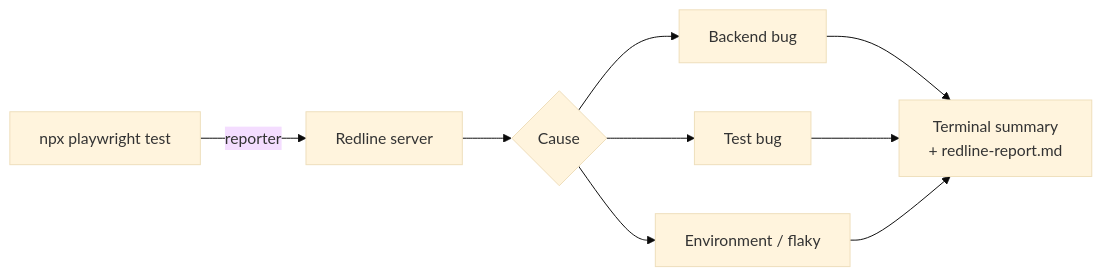
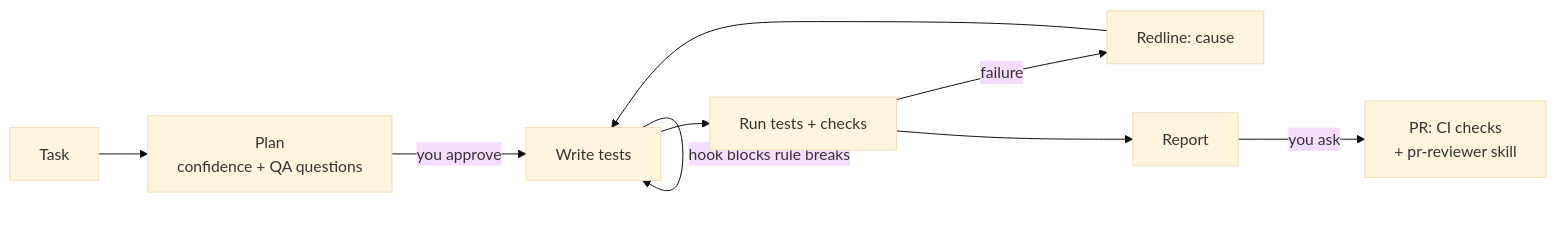
The diagram in README.md (ega-septian/playwright-web-api-automation), drawn with Mermaid (base theme) before and after one commit. The commit also changed other lines of this file and 1 other file, not shown here.

First line of the commit message:
README: lead with the AI agent harness, move Redline details to docs/redline.md

````diff
--- a/README.md
+++ b/README.md
@@ -101,9 +16,11 @@
 ```mermaid
 flowchart LR
-    A[npx playwright test] -->|reporter| B[Redline server]
-    B --> C{Cause}
-    C --> D[Backend bug]
-    C --> E[Test bug]
-    C --> F[Environment / flaky]
-    D & E & F --> G[Terminal summary<br/>+ redline-report.md]
+    T[Task] --> P[Plan<br/>confidence + QA questions]
+    P -->|you approve| W[Write tests]
+    W -->|hook blocks rule breaks| W
+    W --> V[Run tests + checks]
+    V -->|failure| R[Redline: cause]
+    R --> W
+    V --> D[Report]
+    D -->|you ask| PR[PR: CI checks<br/>+ pr-reviewer skill]
 ```
````
